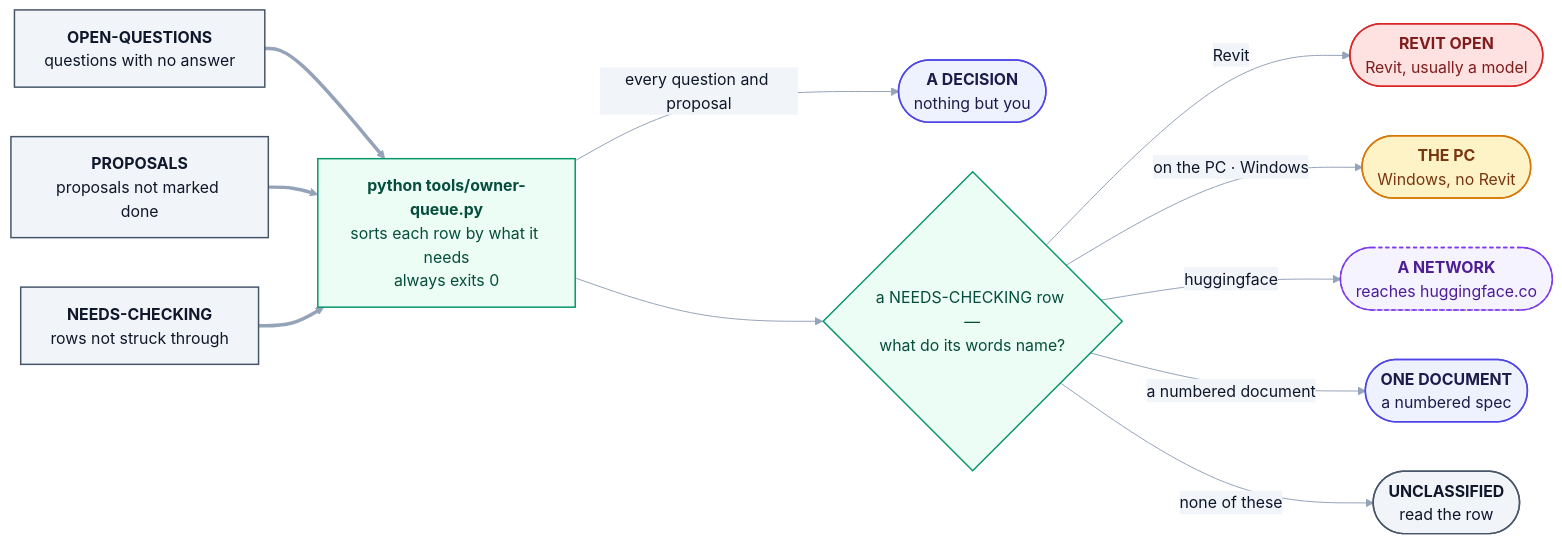
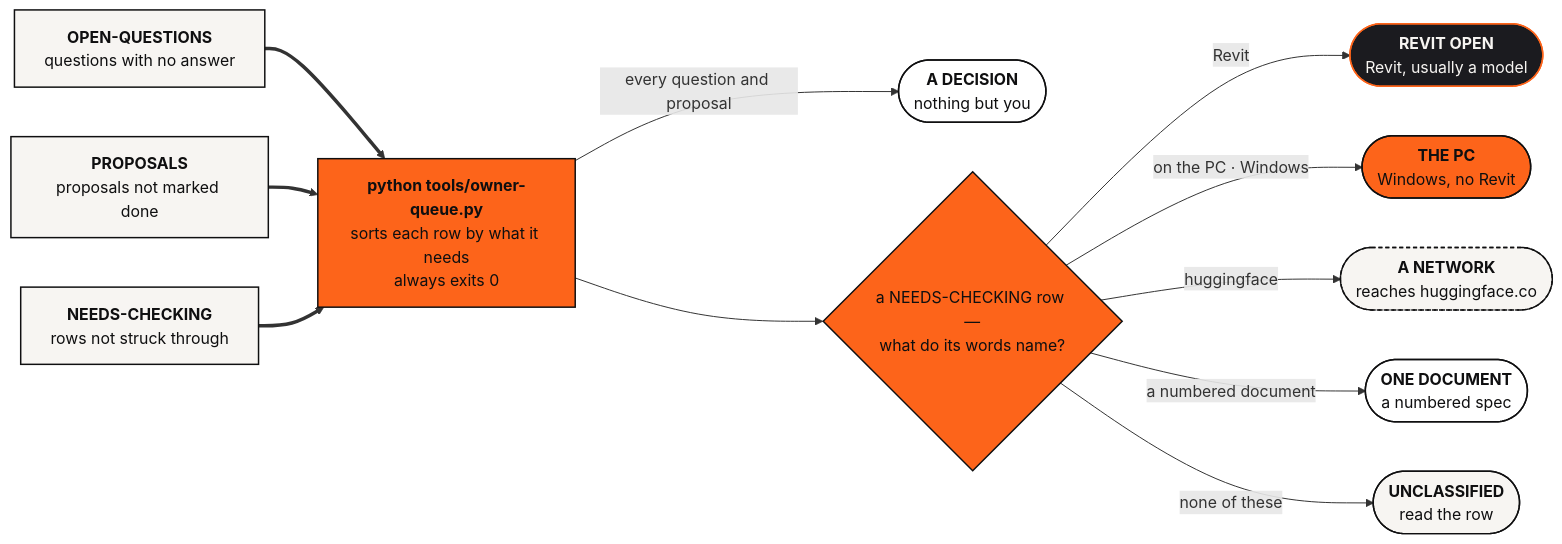
One commit to Ajmalpshaik/Heron-AI changed the diagram in docs/FOR-THE-OWNER.md. Above: the diagram before and after it, drawn with Mermaid. The commit also changed 44 other files, not shown here.

First line of the commit message:
Diagrams in the other docs move to the brand palette (D-149, #1116)

````diff
--- a/docs/FOR-THE-OWNER.md
+++ b/docs/FOR-THE-OWNER.md
@@ -67,41 +67,40 @@
 ```mermaid
-%%{init: {"themeVariables": {"edgeLabelBackground":"#F1F5F9","lineColor":"#94A3B8","textColor":"#0F172A","tertiaryTextColor":"#0F172A"}}}%%
 flowchart LR
     OQ["<b>OPEN-QUESTIONS</b><br/>questions with no answer"]
     PR["<b>PROPOSALS</b><br/>proposals not marked done"]
     NC["<b>NEEDS-CHECKING</b><br/>rows not struck through"]
     TOOL["<b>python tools/owner-queue.py</b><br/>sorts each row by what it needs<br/>always exits 0"]
     B1(["<b>A DECISION</b><br/>nothing but you"])
     B2(["<b>ONE DOCUMENT</b><br/>a numbered spec"])
     B3(["<b>REVIT OPEN</b><br/>Revit, usually a model"])
     B4(["<b>THE PC</b><br/>Windows, no Revit"])
     B5(["<b>A NETWORK</b><br/>reaches huggingface.co"])
     B6(["<b>UNCLASSIFIED</b><br/>read the row"])
 
     OQ ==> TOOL
     PR ==> TOOL
     NC ==> TOOL
     W{"a NEEDS-CHECKING row —<br/>what do its words name?"}
 
     TOOL -->|every question and proposal| B1
     TOOL --> W
     W -->|Revit| B3
     W -->|on the PC · Windows| B4
     W -->|huggingface| B5
     W -->|a numbered document| B2
     W -->|none of these| B6
 
-    classDef user fill:#F1F5F9,stroke:#475569,stroke-width:1.5px,color:#0F172A
-    classDef host fill:#EEF2FF,stroke:#4F46E5,stroke-width:1.5px,color:#1E1B4B
-    classDef brain fill:#ECFDF5,stroke:#059669,stroke-width:1.5px,color:#064E3B
-    classDef addin fill:#FEF3C7,stroke:#D97706,stroke-width:1.5px,color:#78350F
-    classDef revit fill:#FEE2E2,stroke:#DC2626,stroke-width:1.5px,color:#7F1D1D
-    classDef plat fill:#F5F3FF,stroke:#7C3AED,stroke-width:1.5px,color:#4C1D95,stroke-dasharray:4 3
+    classDef user fill:#F7F5F2,stroke:#0F0F10,stroke-width:1.5px,color:#0F0F10
+    classDef host fill:#FFFFFF,stroke:#0F0F10,stroke-width:1.5px,color:#0F0F10
+    classDef brain fill:#FD641A,stroke:#0F0F10,stroke-width:1.5px,color:#0F0F10
+    classDef addin fill:#FD641A,stroke:#0F0F10,stroke-width:1.5px,color:#0F0F10
+    classDef revit fill:#1B1B1F,stroke:#FD641A,stroke-width:1.5px,color:#F7F5F2
+    classDef plat fill:#F7F5F2,stroke:#0F0F10,stroke-width:1.5px,color:#0F0F10,stroke-dasharray:4 3
     class OQ,PR,NC user
     class TOOL,W brain
     class B1,B2 host
     class B3 revit
     class B4 addin
     class B5 plat
     class B6 user
 ```
````
